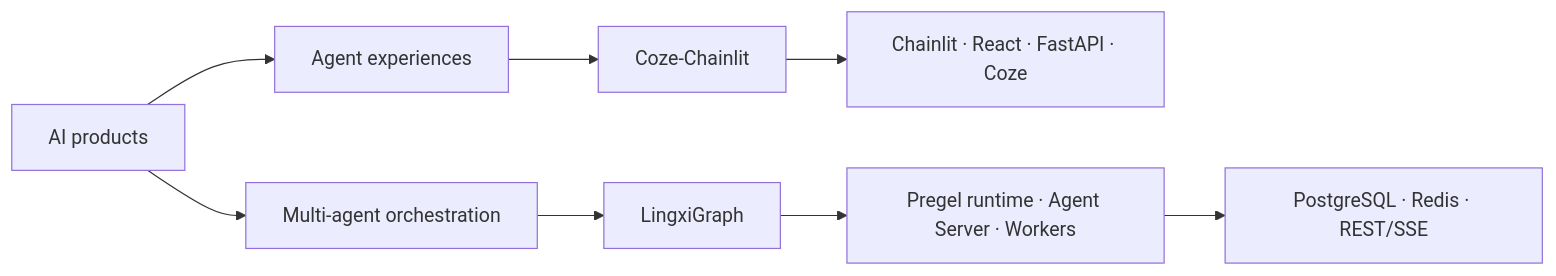
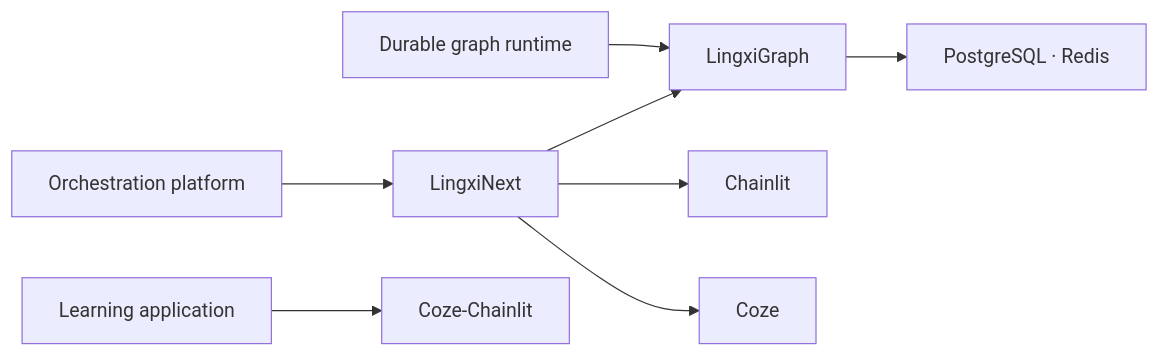
Before and after one commit to LingXi-Org/.github: the diagram in profile/README.md, drawn with Mermaid. The commit also changed other lines of this file and 8 other files, not shown here.

````diff
--- a/profile/README.md
+++ b/profile/README.md
@@ -31,10 +32,10 @@
 ```mermaid
 flowchart LR
-    A["AI products"] --> B["Agent experiences"]
-    A --> C["Multi-agent orchestration"]
-    B --> D["Coze-Chainlit"]
-    C --> E["LingxiGraph"]
-    D --> F["Chainlit · React · FastAPI · Coze"]
-    E --> G["Pregel runtime · Agent Server · Workers"]
-    G --> H["PostgreSQL · Redis · REST/SSE"]
+    Runtime["Durable graph runtime"] --> Graph["LingxiGraph"]
+    Platform["Orchestration platform"] --> Next["LingxiNext"]
+    Product["Learning application"] --> Legacy["Coze-Chainlit"]
+    Next --> Graph
+    Next --> Chainlit["Chainlit"]
+    Next --> Coze["Coze"]
+    Graph --> Storage["PostgreSQL · Redis"]
 ```
````
